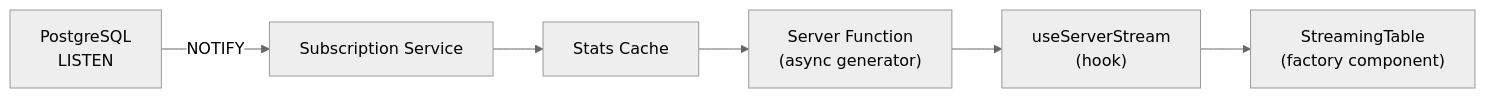
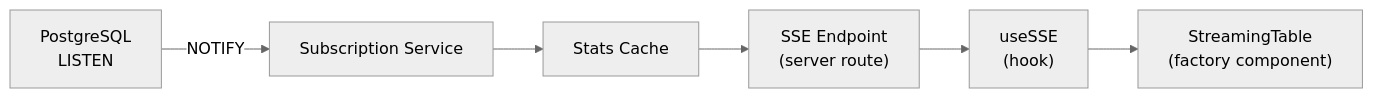
One commit to jaredglaser/homelab-manager changed the third of 3 diagrams in README.md. Above: the diagram before and after it, drawn with Mermaid (neutral theme). The commit also changed other lines of this file and 1 other file, not shown here.

First line of the commit message:
Fix documentation to match SSE architecture and actual codebase

````diff
--- a/README.md
+++ b/README.md
@@ -106,11 +104,11 @@
 ```mermaid
 flowchart LR
     DB["PostgreSQL<br/>LISTEN"]
     SubSvc["Subscription Service"]
     Cache["Stats Cache"]
-    SF["Server Function<br/>(async generator)"]
-    Hook["useServerStream<br/>(hook)"]
+    SSE["SSE Endpoint<br/>(server route)"]
+    Hook["useSSE<br/>(hook)"]
     ST["StreamingTable<br/>(factory component)"]
 
-    DB -->|"NOTIFY"| SubSvc --> Cache --> SF --> Hook --> ST
+    DB -->|"NOTIFY"| SubSvc --> Cache --> SSE --> Hook --> ST
 ```
````
